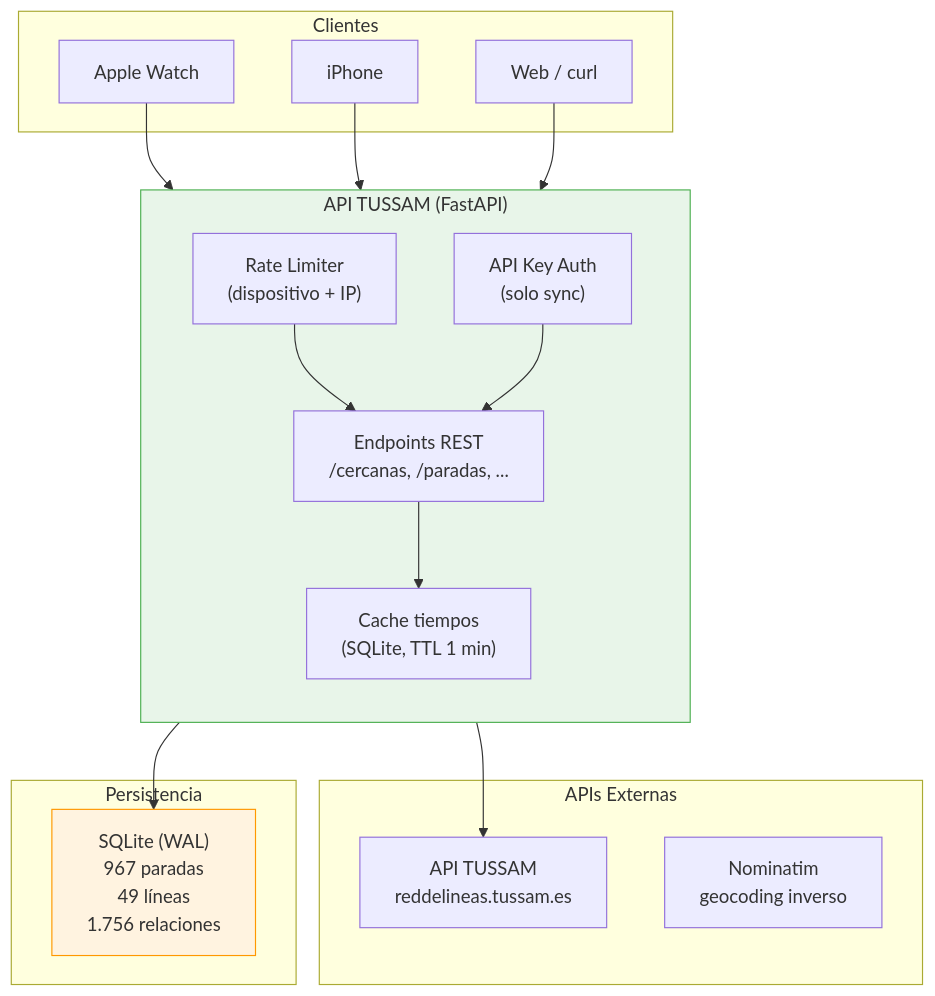
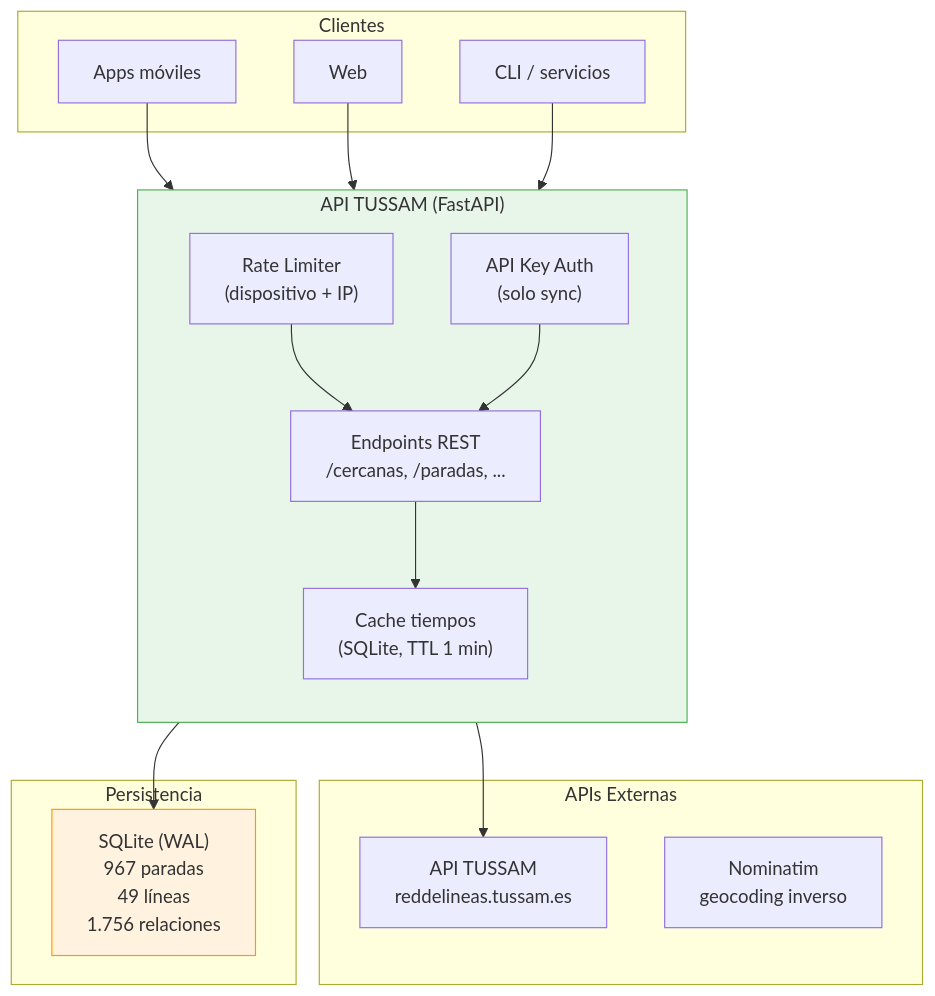
One commit to 686f6c61/API-TUSSAM changed the first of 3 diagrams in README.md. Above: the diagram before and after it, drawn with Mermaid. The commit also changed other lines of this file and 4 other files, not shown here.

````diff
--- a/README.md
+++ b/README.md
@@ -33,37 +33,37 @@
 ```mermaid
 flowchart TB
     subgraph Clientes["Clientes"]
-        Watch["Apple Watch"]
-        iPhone["iPhone"]
-        Web["Web / curl"]
+        App["Apps móviles"]
+        Web["Web"]
+        CLI["CLI / servicios"]
     end
 
     subgraph API["API TUSSAM (FastAPI)"]
         direction TB
         RL["Rate Limiter\n(dispositivo + IP)"]
         Auth["API Key Auth\n(solo sync)"]
         EP["Endpoints REST\n/cercanas, /paradas, ..."]
         Cache["Cache tiempos\n(SQLite, TTL 1 min)"]
     end
 
     subgraph Externo["APIs Externas"]
         TUSSAM["API TUSSAM\nreddelineas.tussam.es"]
         Nominatim["Nominatim\ngeocoding inverso"]
     end
 
     subgraph Almacenamiento["Persistencia"]
         SQLite["SQLite (WAL)\n967 paradas\n49 líneas\n1.756 relaciones"]
     end
 
-    Watch --> RL
-    iPhone --> RL
+    App --> RL
     Web --> RL
+    CLI --> RL
     RL --> EP
     EP --> Cache
     Cache --> TUSSAM
     EP --> SQLite
     Auth --> EP
 
     style API fill:#e8f5e9,stroke:#4caf50
     style SQLite fill:#fff3e0,stroke:#ff9800
 ```
````
